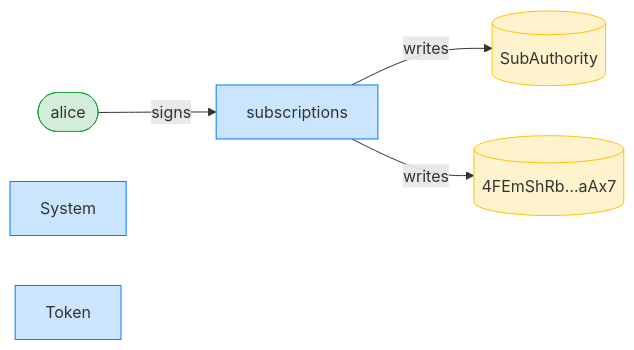
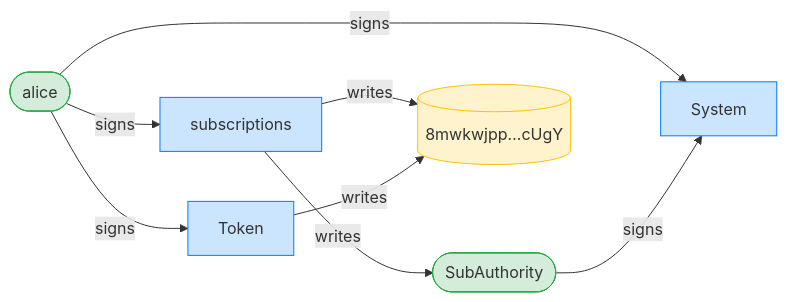
The seventh of 12 diagrams in dsl_tests/fixed-delegation-rejects-a-different-mint-transfer.md (cds-rs/subscriptions), drawn with Mermaid before and after one commit. The commit also changed other lines of this file and 224 other files, not shown here.

````diff
--- a/dsl_tests/fixed-delegation-rejects-a-different-mint-transfer.md
+++ b/dsl_tests/fixed-delegation-rejects-a-different-mint-transfer.md
@@ -55,15 +142,19 @@
 ```mermaid
 flowchart LR
     classDef signer fill:#d4edda,stroke:#28a745;
     classDef program fill:#cce5ff,stroke:#007bff;
     classDef writable fill:#fff3cd,stroke:#ffc107;
     subscriptions[subscriptions]:::program
     alice([alice]):::signer
-    SubAuthority[(SubAuthority)]:::writable
-    4FEmShRb_aAx7[("4FEmShRb…aAx7")]:::writable
+    SubAuthority([SubAuthority]):::signer
+    8mwkwjpp_cUgY[("8mwkwjpp…cUgY")]:::writable
     System[System]:::program
     Token[Token]:::program
     alice -->|signs| subscriptions
+    alice -->|signs| System
+    SubAuthority -->|signs| System
+    alice -->|signs| Token
     subscriptions -->|writes| SubAuthority
-    subscriptions -->|writes| 4FEmShRb_aAx7
+    subscriptions -->|writes| 8mwkwjpp_cUgY
+    Token -->|writes| 8mwkwjpp_cUgY
 ```
````
